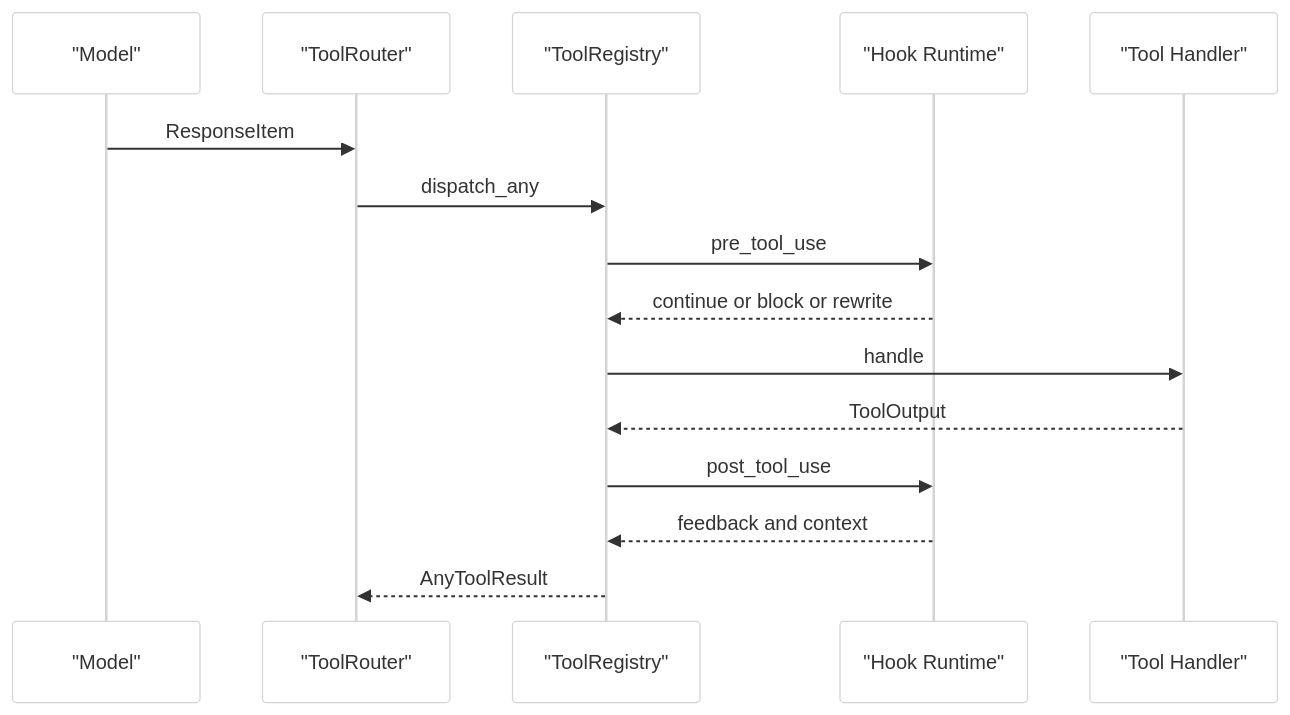
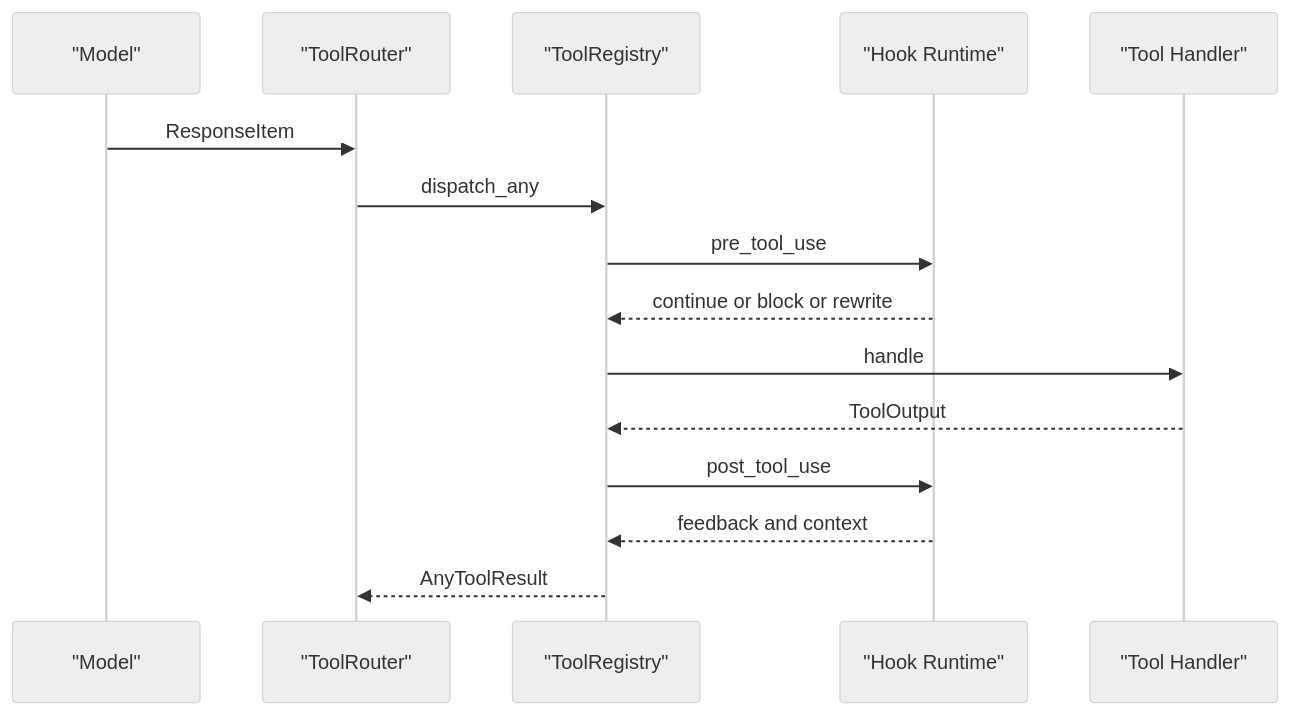
The third of 5 diagrams in Part II Source Analysis/09-工具系统总览.md (GLBB/codex-source-analysis), drawn with Mermaid before and after one commit. The commit also changed other lines of this file and 29 other files, not shown here.

````diff
--- a/Part II Source Analysis/09-工具系统总览.md
+++ b/Part II Source Analysis/09-工具系统总览.md
@@ -311,19 +318,19 @@
 ```mermaid
-%%{init: {"theme":"neutral","themeCSS":"svg { background: #ffffff !important; } .label, .messageText, .noteText, text { fill: #000000 !important; color: #000000 !important; }","themeVariables":{"background":"#ffffff","mainBkg":"#ffffff","primaryColor":"#ffffff","secondaryColor":"#ffffff","tertiaryColor":"#ffffff","primaryTextColor":"#000000","textColor":"#000000","lineColor":"#444444","primaryBorderColor":"#333333","edgeLabelBackground":"#ffffff","fontFamily":"Helvetica"}}}%%
+%%{init:{'theme':'neutral','themeVariables':{'background':'#ffffff'}}}%%
 sequenceDiagram
     participant Model as "Model"
     participant Router as "ToolRouter"
     participant Registry as "ToolRegistry"
     participant Hook as "Hook Runtime"
     participant Handler as "Tool Handler"
 
     Model->>Router: ResponseItem
     Router->>Registry: dispatch_any
     Registry->>Hook: pre_tool_use
     Hook-->>Registry: continue or block or rewrite
     Registry->>Handler: handle
     Handler-->>Registry: ToolOutput
     Registry->>Hook: post_tool_use
     Hook-->>Registry: feedback and context
     Registry-->>Router: AnyToolResult
 ```
````
